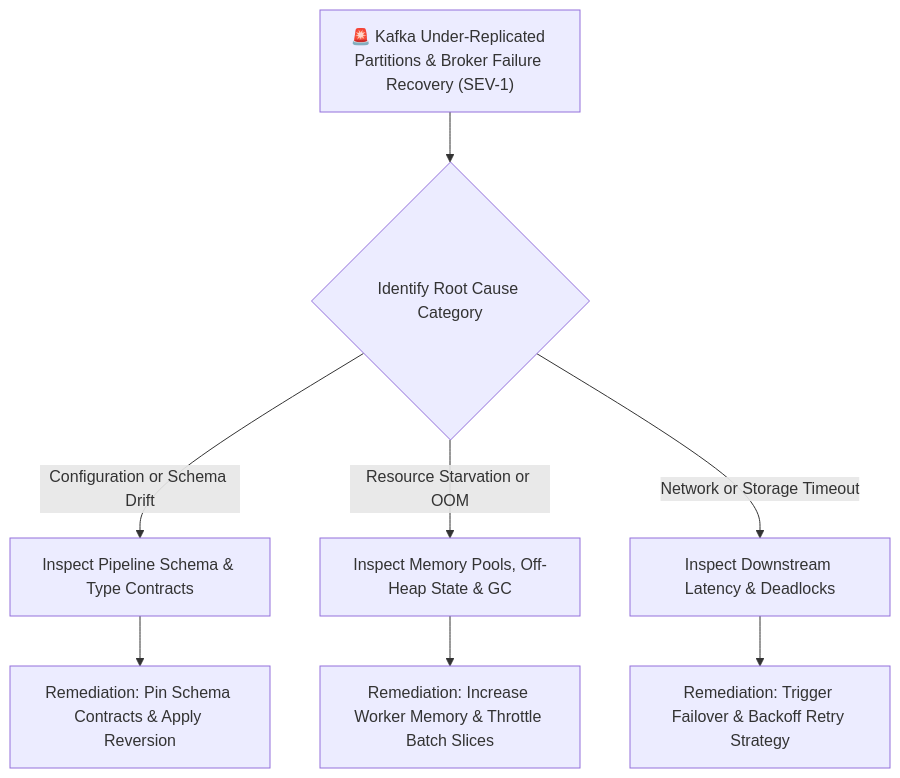
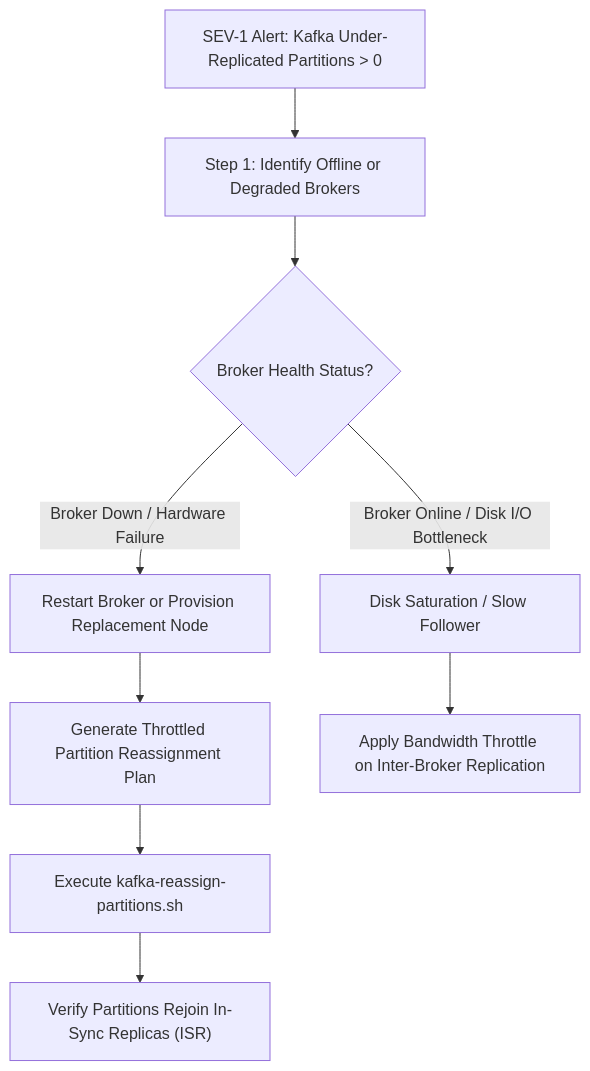
The diagram in runbooks/06_kafka_under_replicated_partitions_disaster_recovery.md (santoshjammi29/streaming-handbook), drawn with Mermaid before and after one commit. The commit also changed other lines of this file and 11 other files, not shown here.

````diff
--- a/runbooks/06_kafka_under_replicated_partitions_disaster_recovery.md
+++ b/runbooks/06_kafka_under_replicated_partitions_disaster_recovery.md
@@ -11,12 +12,13 @@
 ```mermaid
 flowchart TD
-    Alert["🚨 Kafka Under-Replicated Partitions & Broker Failure Recovery (SEV-1)"] --> TriageCategory{"Identify Root Cause Category"}
+    Alert["SEV-1 Alert: Kafka Under-Replicated Partitions > 0"] --> IdentifyBrokers["Step 1: Identify Offline or Degraded Brokers"]
+    IdentifyBrokers --> BrokerState{"Broker Health Status?"}
     
-    TriageCategory -->|"Configuration or Schema Drift"| ConfigTriage["Inspect Pipeline Schema & Type Contracts"]
-    TriageCategory -->|"Resource Starvation or OOM"| ResourceTriage["Inspect Memory Pools, Off-Heap State & GC"]
-    TriageCategory -->|"Network or Storage Timeout"| NetworkTriage["Inspect Downstream Latency & Deadlocks"]
-
-    ConfigTriage --> FixConfig["Remediation: Pin Schema Contracts & Apply Reversion"]
-    ResourceTriage --> FixResource["Remediation: Increase Worker Memory & Throttle Batch Slices"]
-    NetworkTriage --> FixNetwork["Remediation: Trigger Failover & Backoff Retry Strategy"]
+    BrokerState -->|"Broker Down / Hardware Failure"| RestartBroker["Restart Broker or Provision Replacement Node"]
+    BrokerState -->|"Broker Online / Disk I/O Bottleneck"| DiskBottleneck["Disk Saturation / Slow Follower"]
+    
+    RestartBroker --> PartitionRebalance["Generate Throttled Partition Reassignment Plan"]
+    DiskBottleneck --> ThrottleReplication["Apply Bandwidth Throttle on Inter-Broker Replication"]
+    PartitionRebalance --> ExecuteRebalance["Execute kafka-reassign-partitions.sh"]
+    ExecuteRebalance --> VerifyISR["Verify Partitions Rejoin In-Sync Replicas (ISR)"]
 ```
````
